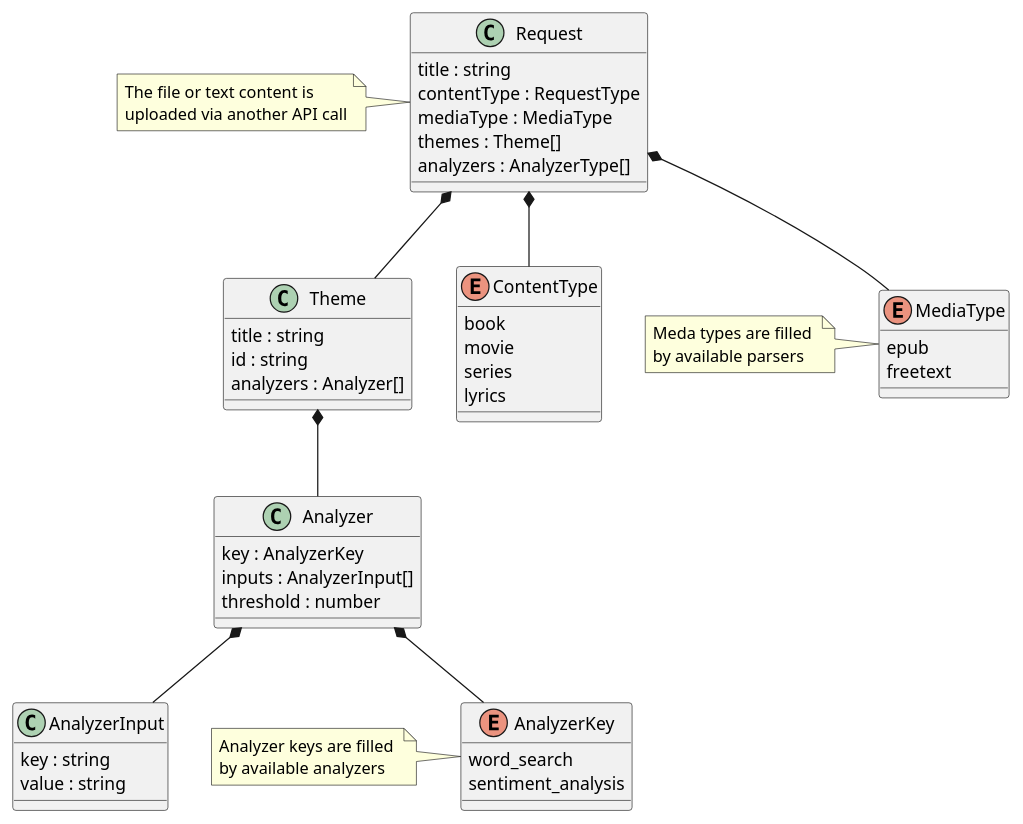
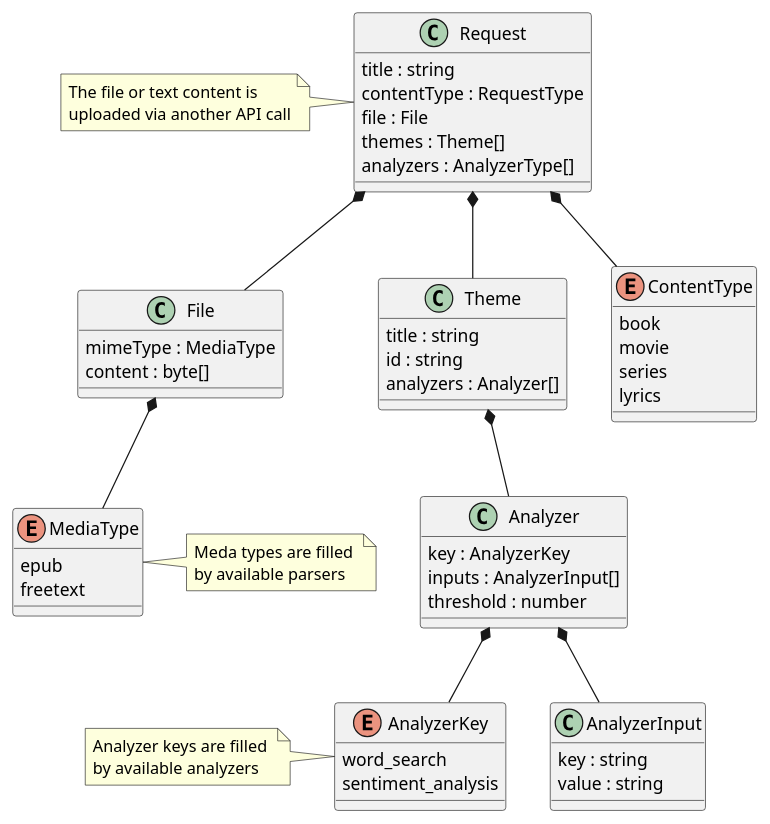
One commit to guardlight/server changed the diagram in docs/diagrams/models/api-analysis-request.puml. Above: the diagram before and after it, drawn with PlantUML. The commit also changed 43 other files, not shown here.

```diff
--- a/docs/diagrams/models/api-analysis-request.puml
+++ b/docs/diagrams/models/api-analysis-request.puml
@@ -1,68 +1,74 @@
 @startuml Analysis Request
 
 class Request {
     title : string
     contentType : RequestType
-    mediaType : MediaType
+    file : File
     themes : Theme[]
     analyzers : AnalyzerType[]
 } 
 
 note left of Request 
     The file or text content is 
     uploaded via another API call
 end note
+
+class File {
+    mimeType : MediaType
+    content : byte[]
+}
 
 class Theme {
     title : string
     id : string
     analyzers : Analyzer[]
 }
 
 class Analyzer {
     key : AnalyzerKey
     inputs : AnalyzerInput[]
     threshold : number
 }
 
 class AnalyzerInput {
     key : string
     value : string
 }
 
 enum AnalyzerKey {
     word_search
     sentiment_analysis
 }
 
 note left of AnalyzerKey
     Analyzer keys are filled 
     by available analyzers
 end note
 
 enum ContentType {
     book
     movie
     series
     lyrics
 }
 
 enum MediaType {
     epub
     freetext
 }
 
 note left of MediaType
     Meda types are filled 
     by available parsers
 end note
 
 
 Request *-- ContentType
-Request *-- MediaType
+Request *-- File
+File *-- MediaType
 Request *-- Theme
 Theme *-- Analyzer
 Analyzer *-- AnalyzerKey
 Analyzer *-- AnalyzerInput
 
 @enduml
```
